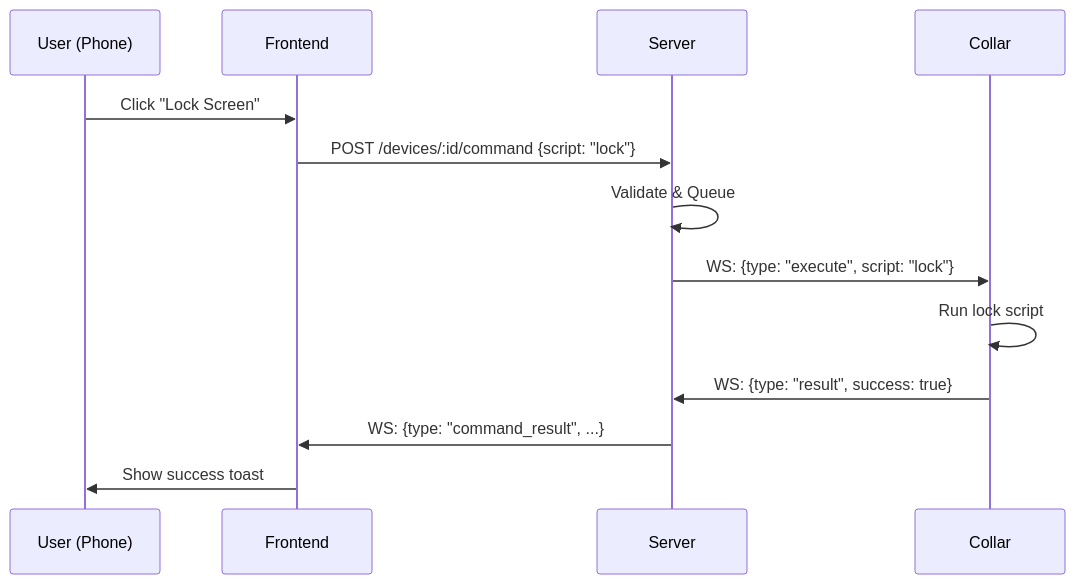
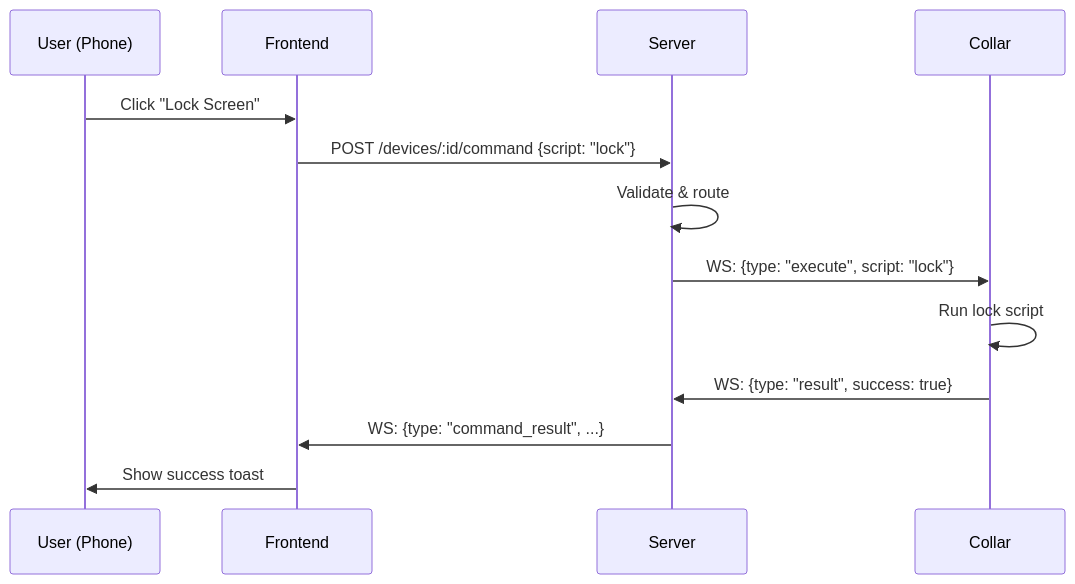
Before and after one commit to confect1ondev/Collar: the fifth of 8 diagrams in docs/ARCHITECTURE.md, drawn with Mermaid. The commit also changed other lines of this file and 3 other files, not shown here.

````diff
--- a/docs/ARCHITECTURE.md
+++ b/docs/ARCHITECTURE.md
@@ -150,16 +148,16 @@
 ```mermaid
 sequenceDiagram
     participant U as User (Phone)
     participant F as Frontend
     participant S as Server
     participant C as Collar
 
     U->>F: Click "Lock Screen"
     F->>S: POST /devices/:id/command {script: "lock"}
-    S->>S: Validate & Queue
+    S->>S: Validate & route
     S->>C: WS: {type: "execute", script: "lock"}
     C->>C: Run lock script
     C->>S: WS: {type: "result", success: true}
     S->>F: WS: {type: "command_result", ...}
     F->>U: Show success toast
 ```
````
